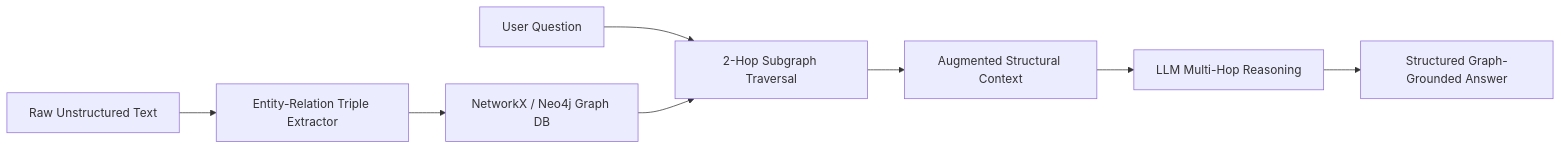
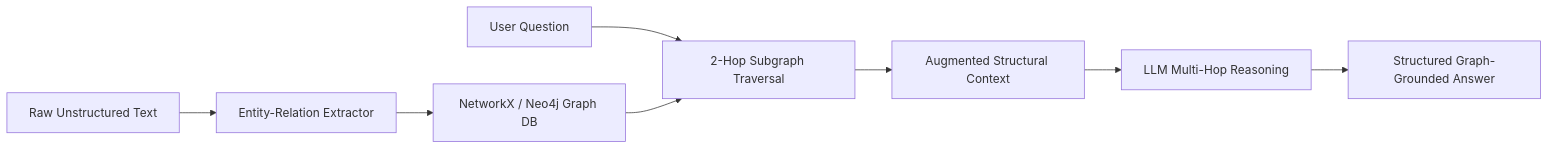
One commit to sricheru/agentic-ai-portfolio changed diagram 17 of 20 in genai_enterprise_usecases/ARCHITECTURE_GUIDE.md. Above: the diagram before and after it, drawn with Mermaid. The commit also changed other lines of this file, not shown here.

Commit message:
fix(mermaid): switch to pure flowchart TD and remove label collisions

````diff
--- a/genai_enterprise_usecases/ARCHITECTURE_GUIDE.md
+++ b/genai_enterprise_usecases/ARCHITECTURE_GUIDE.md
@@ -382,10 +381,10 @@
 ```mermaid
-graph LR
-    SourceDocs["Raw Unstructured Text"] --> Extractor["Entity-Relation Triple Extractor"]
-    Extractor --> GraphStore["NetworkX / Neo4j Graph DB"]
-    UserQuestion["User Question"] --> QuerySubGraph["2-Hop Subgraph Traversal"]
+flowchart LR
+    SourceDocs[Raw Unstructured Text] --> Extractor[Entity-Relation Extractor]
+    Extractor --> GraphStore[NetworkX / Neo4j Graph DB]
+    UserQuestion[User Question] --> QuerySubGraph[2-Hop Subgraph Traversal]
     GraphStore --> QuerySubGraph
-    QuerySubGraph --> ContextPrompt["Augmented Structural Context"]
-    ContextPrompt --> LLMReasoning["LLM Multi-Hop Reasoning"]
-    LLMReasoning --> GroundedAnswer["Structured Graph-Grounded Answer"]
+    QuerySubGraph --> ContextPrompt[Augmented Structural Context]
+    ContextPrompt --> LLMReasoning[LLM Multi-Hop Reasoning]
+    LLMReasoning --> GroundedAnswer[Structured Graph-Grounded Answer]
 ```
````
